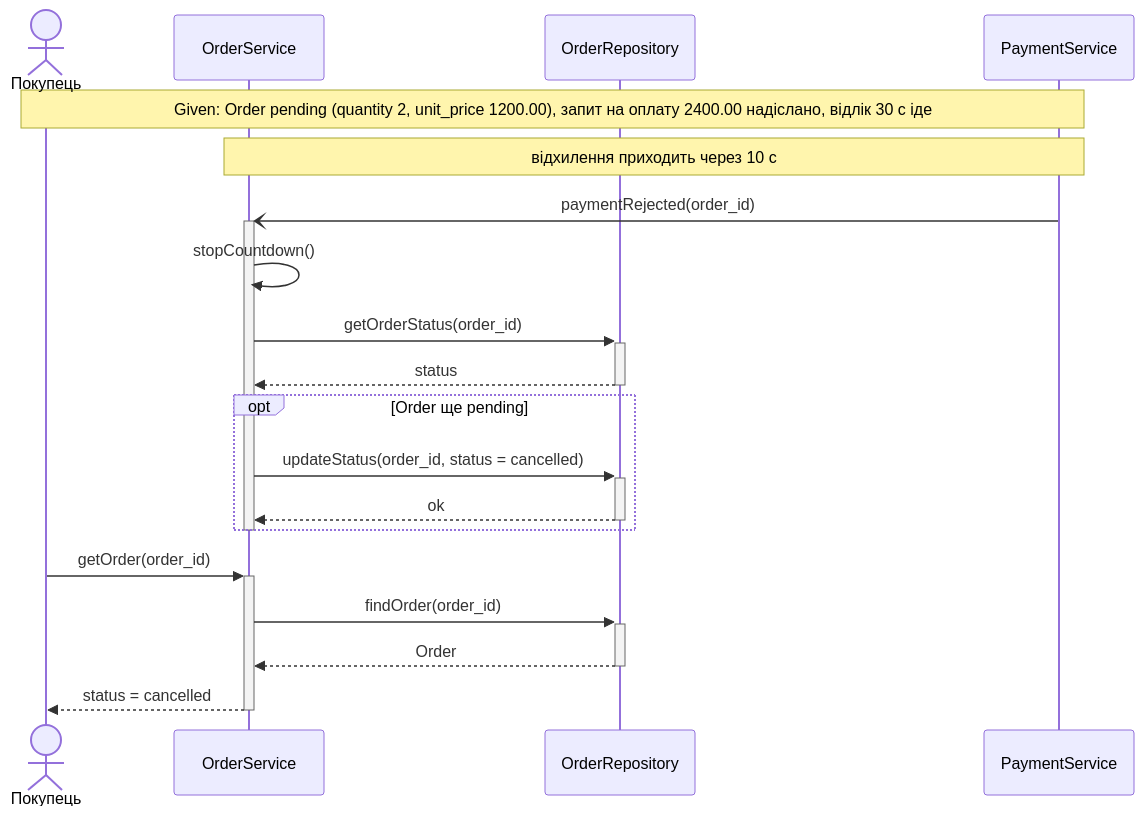
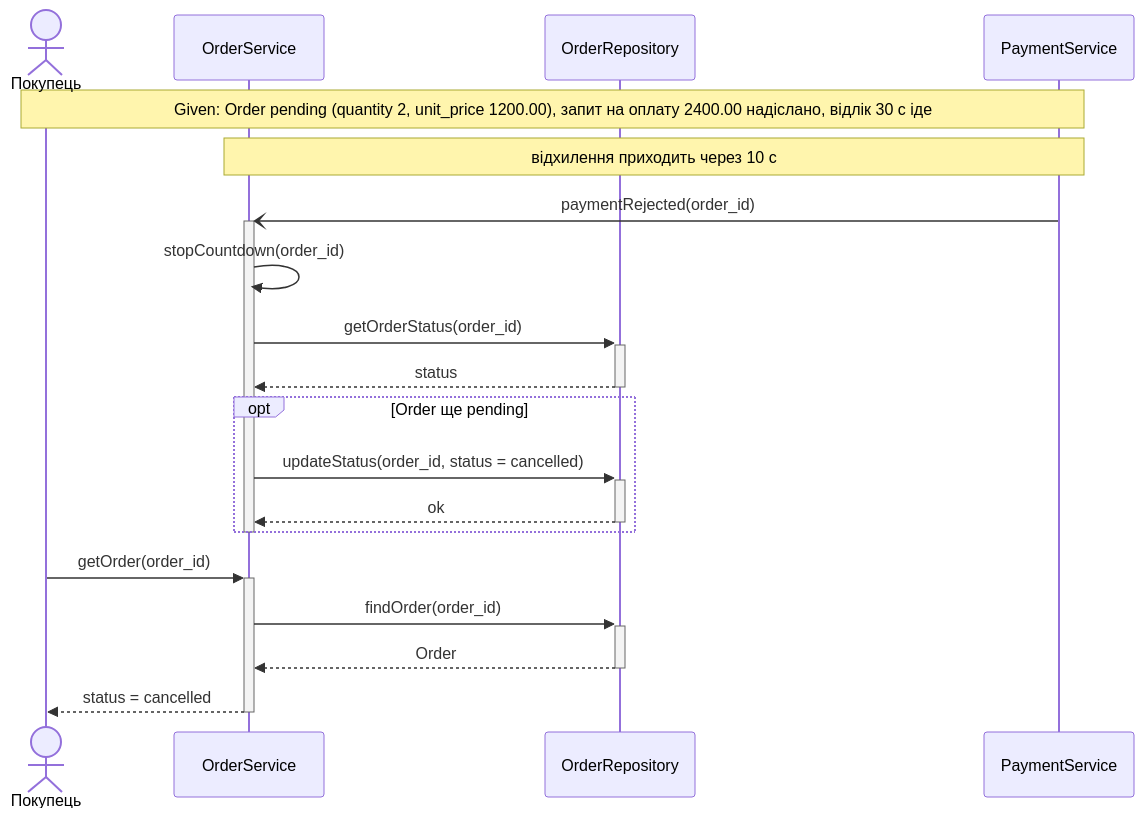
Before and after one commit to linamalina238/kpilab: the second of 3 diagrams in lab3/sequence-diagrams.md, drawn with Mermaid. The commit also changed other lines of this file, not shown here.

Commit message:
суцільний bar OrderService, product_id в OrderItem, order_id у відліку

````diff
--- a/lab3/sequence-diagrams.md
+++ b/lab3/sequence-diagrams.md
@@ -57,24 +55,24 @@
 ```mermaid
 sequenceDiagram
     actor B as Покупець
     participant O as OrderService
     participant OR as OrderRepository
     participant PS as PaymentService
 
     Note over B,PS: Given: Order pending (quantity 2, unit_price 1200.00), запит на оплату 2400.00 надіслано, відлік 30 с іде
     Note over O,PS: відхилення приходить через 10 с
     PS-)+O: paymentRejected(order_id)
-    O->>O: stopCountdown()
+    O->>O: stopCountdown(order_id)
     O->>+OR: getOrderStatus(order_id)
     OR-->>-O: status
     opt Order ще pending
         O->>+OR: updateStatus(order_id, status = cancelled)
         OR-->>-O: ok
     end
     deactivate O
 
     B->>+O: getOrder(order_id)
     O->>+OR: findOrder(order_id)
     OR-->>-O: Order
     O-->>-B: status = cancelled
 ```
````
